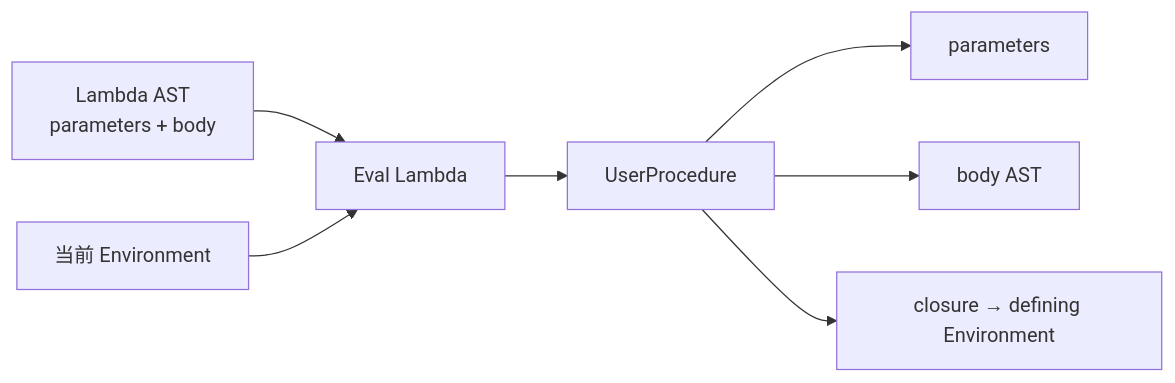
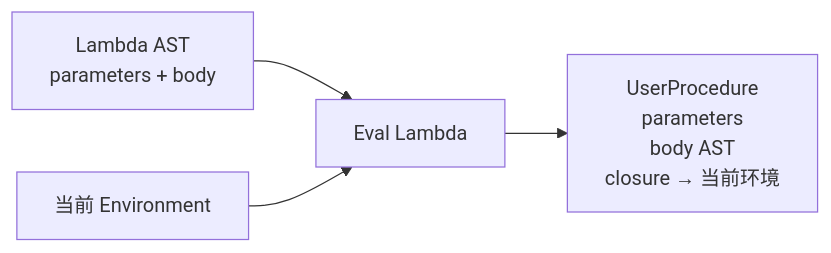
One commit to LittlePyx/LittlePyx.github.io changed the second of 8 diagrams in source/_posts/composing-programs-runtime-abstraction.md. Above: the diagram before and after it, drawn with Mermaid. The commit also changed other lines of this file and 9 other files, not shown here.

```diff
--- a/source/_posts/composing-programs-runtime-abstraction.md
+++ b/source/_posts/composing-programs-runtime-abstraction.md
@@ -223,9 +215,6 @@
 {% mermaid %}
 flowchart LR
-    L["Lambda AST<br/>parameters + body"] --> BUILD["Eval Lambda"]
-    E["当前 Environment"] --> BUILD
-    BUILD --> P["UserProcedure"]
-    P --> PARAMS["parameters"]
-    P --> BODY["body AST"]
-    P --> CLOSURE["closure → defining Environment"]
+    LAMBDA["Lambda AST<br/>parameters + body"] --> BUILD["Eval Lambda"]
+    ENV["当前 Environment"] --> BUILD
+    BUILD --> PROC["UserProcedure<br/>parameters<br/>body AST<br/>closure → 当前环境"]
 {% endmermaid %}
```
